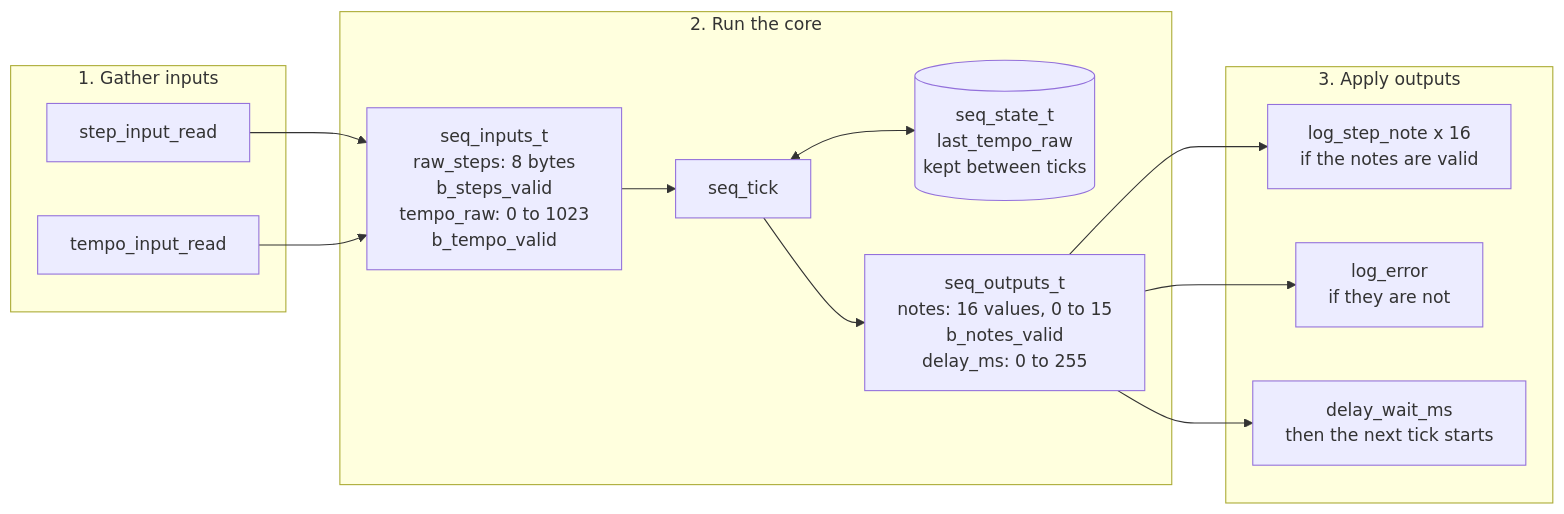
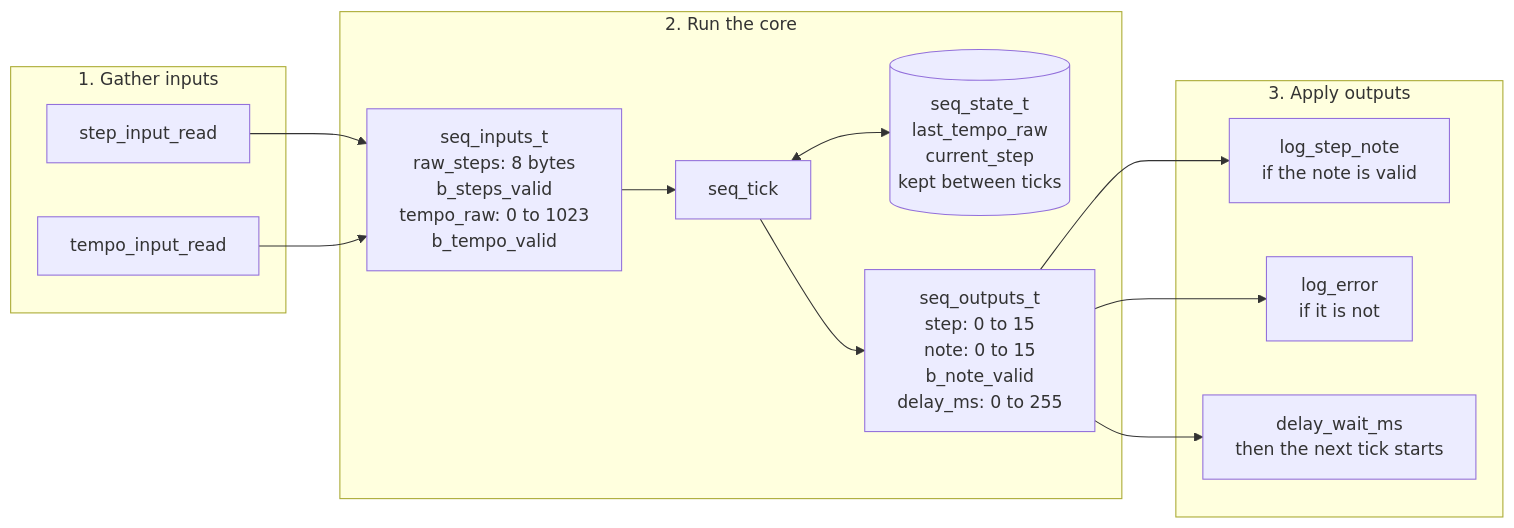
One commit to BonelessPig/nano_sequencer changed the fifth of 18 diagrams in docs/ARCHITECTURE.md. Above: the diagram before and after it, drawn with Mermaid. The commit also changed other lines of this file and 8 other files, not shown here.

First line of the commit message:
Advance one step per tick and log only the step played

````diff
--- a/docs/ARCHITECTURE.md
+++ b/docs/ARCHITECTURE.md
@@ -159,26 +159,26 @@
 ```mermaid
 flowchart LR
     subgraph gather["1. Gather inputs"]
         sr["step_input_read"]
         tr["tempo_input_read"]
     end
     subgraph run["2. Run the core"]
         in["seq_inputs_t<br/>raw_steps: 8 bytes<br/>b_steps_valid<br/>tempo_raw: 0 to 1023<br/>b_tempo_valid"]
         tick["seq_tick"]
-        state[("seq_state_t<br/>last_tempo_raw<br/>kept between ticks")]
-        out["seq_outputs_t<br/>notes: 16 values, 0 to 15<br/>b_notes_valid<br/>delay_ms: 0 to 255"]
+        state[("seq_state_t<br/>last_tempo_raw<br/>current_step<br/>kept between ticks")]
+        out["seq_outputs_t<br/>step: 0 to 15<br/>note: 0 to 15<br/>b_note_valid<br/>delay_ms: 0 to 255"]
     end
     subgraph apply["3. Apply outputs"]
-        logn["log_step_note x 16<br/>if the notes are valid"]
-        loge["log_error<br/>if they are not"]
+        logn["log_step_note<br/>if the note is valid"]
+        loge["log_error<br/>if it is not"]
         wait["delay_wait_ms<br/>then the next tick starts"]
     end
     sr --> in
     tr --> in
     in --> tick
     tick <--> state
     tick --> out
     out --> logn
     out --> loge
     out --> wait
 ```
````
